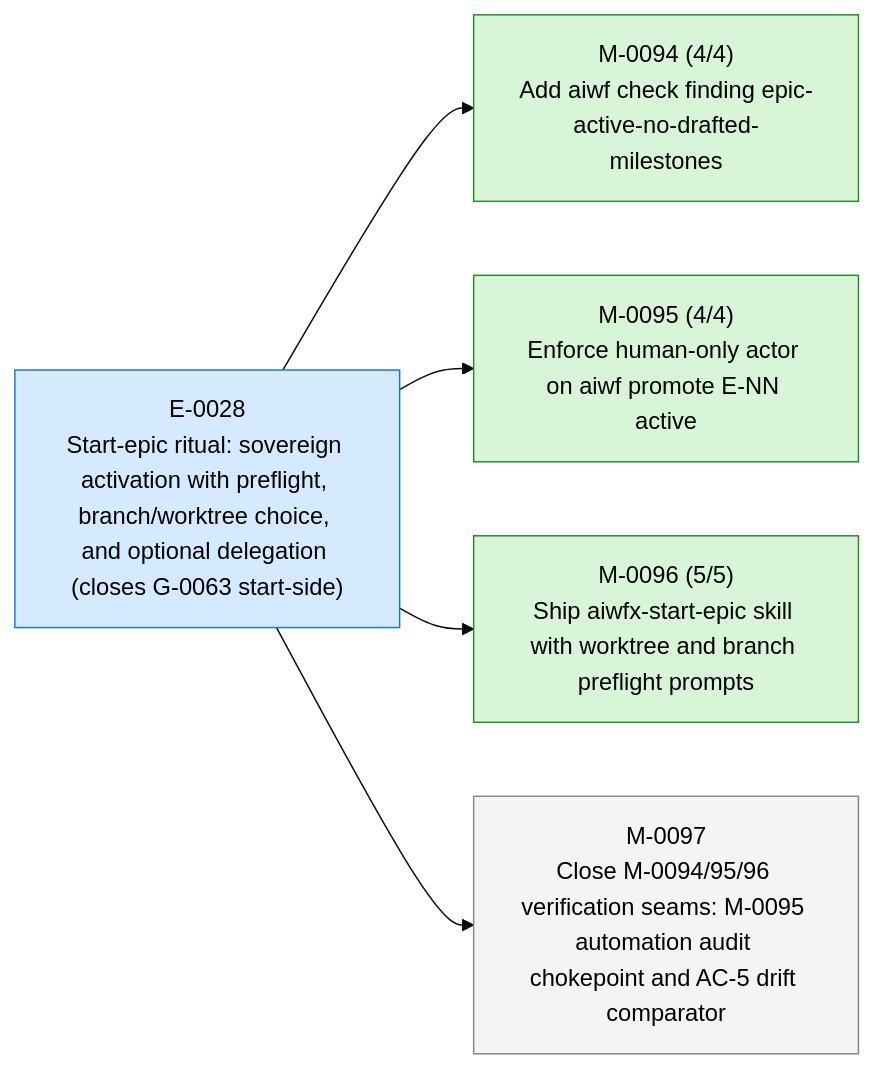
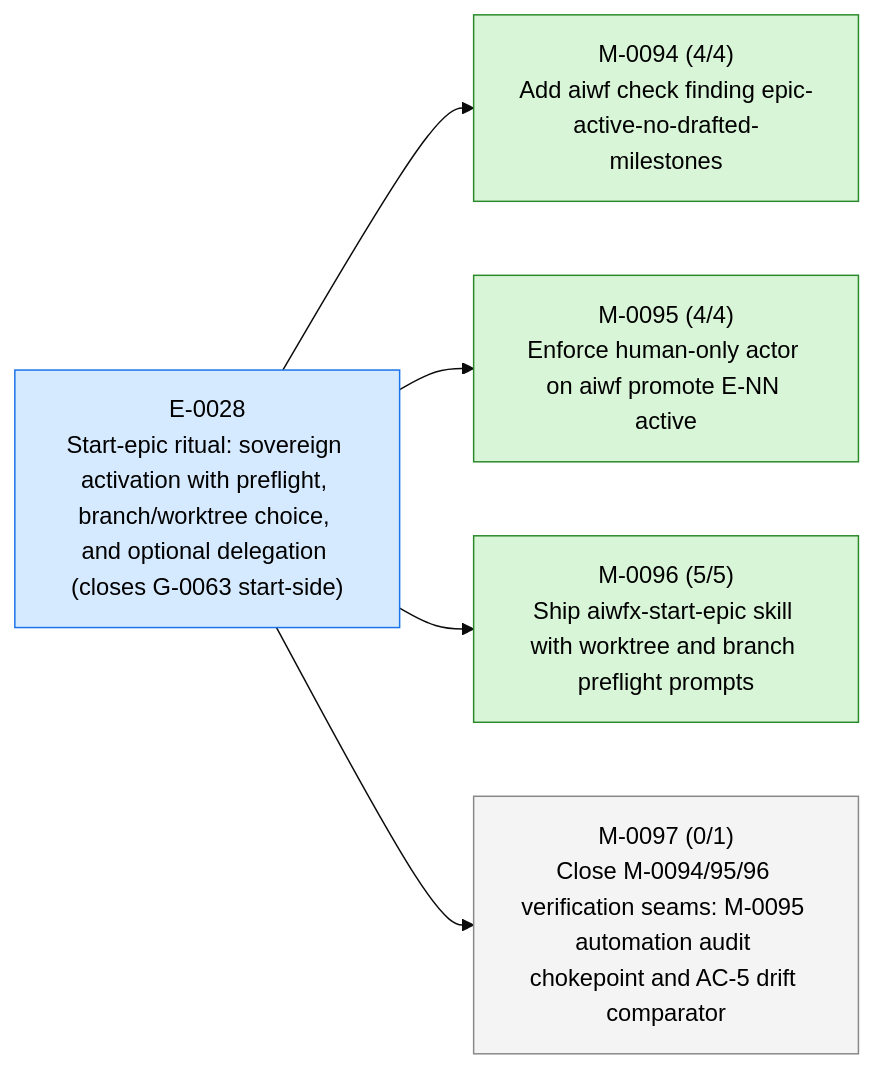
One commit to 23min/aiwf changed the first of 3 diagrams in STATUS.md. Above: the diagram before and after it, drawn with Mermaid (base theme). The commit also changed other lines of this file and 1 other file, not shown here.

Commit message:
aiwf add ac M-0097/AC-1 "CI/script audit chokepoint fires on non-forced epic-activation invocations"
aiwf-verb: add
aiwf-entity: M-0097/AC-1
aiwf-actor: human/peter

````diff
--- a/STATUS.md
+++ b/STATUS.md
@@ -16,18 +16,18 @@
 ```mermaid
 flowchart LR
   E_0028["E-0028<br/>Start-epic ritual: sovereign activation with preflight, branch/worktree choice, and optional delegation (closes G-0063 start-side)"]:::epic_active
   M_0094["M-0094 (4/4)<br/>Add aiwf check finding epic-active-no-drafted-milestones"]:::ms_done
   E_0028 --> M_0094
   M_0095["M-0095 (4/4)<br/>Enforce human-only actor on aiwf promote E-NN active"]:::ms_done
   E_0028 --> M_0095
   M_0096["M-0096 (5/5)<br/>Ship aiwfx-start-epic skill with worktree and branch preflight prompts"]:::ms_done
   E_0028 --> M_0096
-  M_0097["M-0097<br/>Close M-0094/95/96 verification seams: M-0095 automation audit chokepoint and AC-5 drift comparator"]:::ms_draft
+  M_0097["M-0097 (0/1)<br/>Close M-0094/95/96 verification seams: M-0095 automation audit chokepoint and AC-5 drift comparator"]:::ms_draft
   E_0028 --> M_0097
   classDef epic_active fill:#d6eaff,stroke:#1a73e8,color:#000
   classDef epic_proposed fill:#f4f4f4,stroke:#888,color:#000
   classDef ms_done fill:#d8f5d8,stroke:#2a8a2a,color:#000
   classDef ms_in_progress fill:#fff3c4,stroke:#caa400,color:#000
   classDef ms_draft fill:#f4f4f4,stroke:#888,color:#000
   classDef ms_cancelled fill:#fbeaea,stroke:#c33,color:#000
 ```
````
